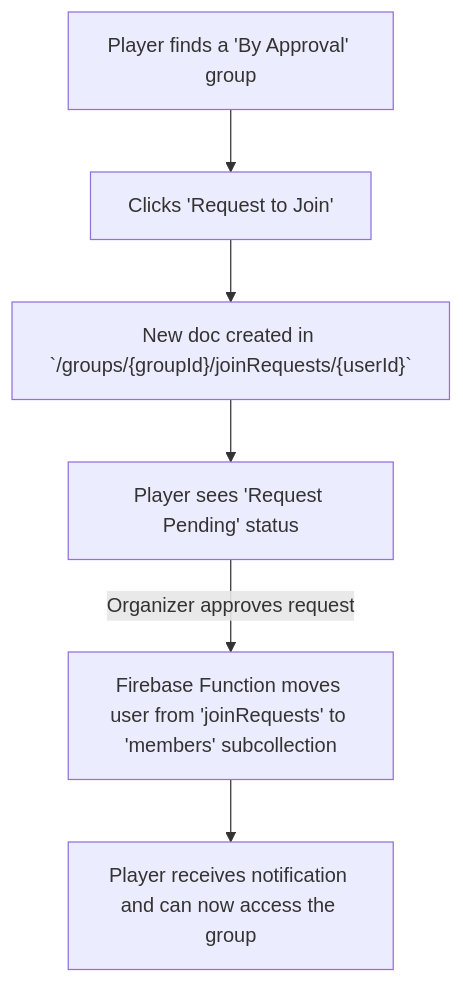
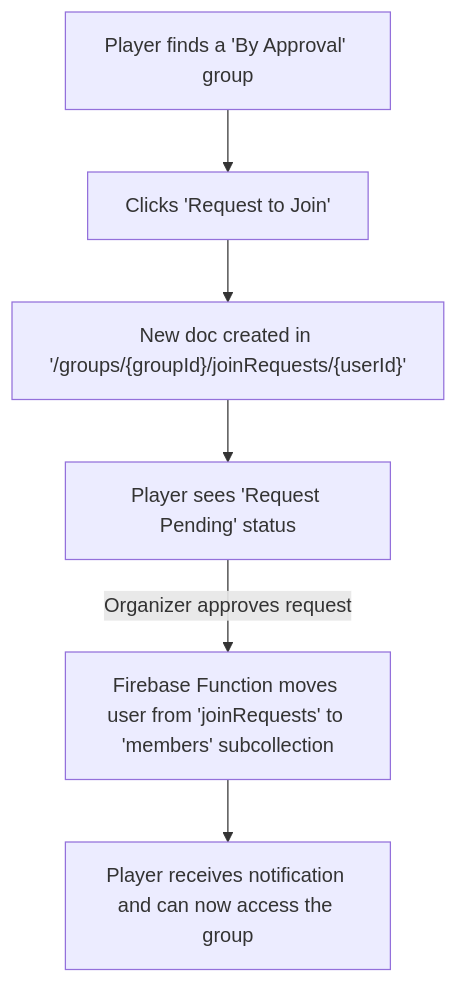
Before and after one commit to amitrke/getspot: the fourth of 6 diagrams in docs/USER_JOURNEYS.md, drawn with Mermaid. The commit also changed other lines of this file, not shown here.

Commit message:
Update flow diagrams in USER_JOURNEYS.md to use single quotes for file paths

````diff
--- a/docs/USER_JOURNEYS.md
+++ b/docs/USER_JOURNEYS.md
@@ -64,8 +64,8 @@
 ```mermaid
 graph TD
     A[Player finds a 'By Approval' group] --> B[Clicks 'Request to Join'];
-    B --> C["New doc created in `/groups/{groupId}/joinRequests/{userId}`"];
+    B --> C["New doc created in '/groups/{groupId}/joinRequests/{userId}'"];
     C --> D[Player sees 'Request Pending' status];
     D -->|Organizer approves request| E[Firebase Function moves user from 'joinRequests' to 'members' subcollection];
     E --> F[Player receives notification and can now access the group];
 ```
````
